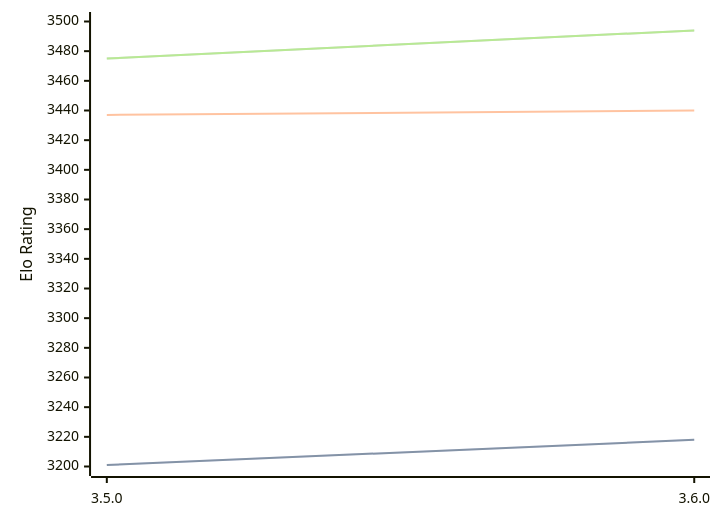
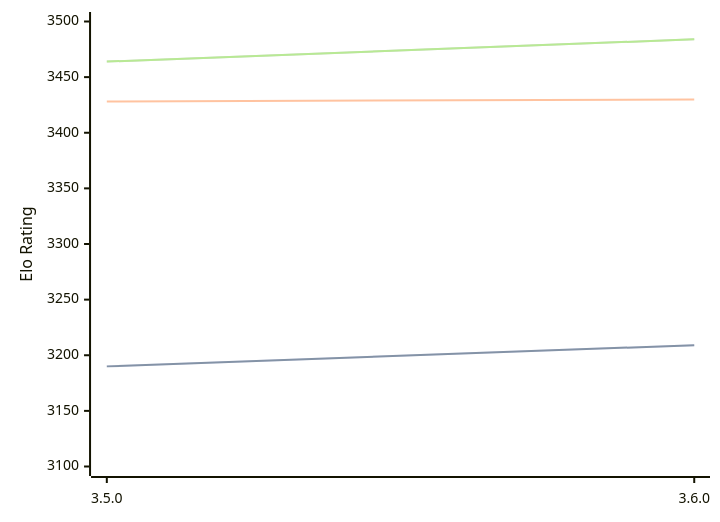
Before and after one commit to computer-chess-index/cci: the diagram in engines/Igel.md, drawn with Mermaid. The commit also changed other lines of this file, not shown here.

Commit message:
Update CCI Ratings (ELO VLTC) - 2026-03-19

````diff
--- a/engines/Igel.md
+++ b/engines/Igel.md
@@ -66,11 +66,11 @@
 ```mermaid
 %%{init: {"theme":"base","themeVariables":{"seriesColors:['#a3a3a3','#222221','#faa371']}}}%%
 xychart-beta
   x-axis ["3.5.0", "3.6.0"]
-  y-axis "Elo Rating" 3200 --> 3500
-  line "STC (8.0+0.08s)" [3201, 3218]
-  line "STC (8.0+0.08s)" [3201, 3218]
-  line "LTC (60.0+0.60s)" [3437, 3440]
-  line "VLTC (2m24s+1.12s)" [3475, 3494]
-  line "VLTC (2m24s+1.12s)" [3475, 3494]
+  y-axis "Elo Rating" 3100 --> 3500
+  line "STC (8.0+0.08s)" [3190, 3209]
+  line "STC (8.0+0.08s)" [3190, 3209]
+  line "LTC (60.0+0.60s)" [3428, 3430]
+  line "VLTC (2m24s+1.12s)" [3464, 3484]
+  line "VLTC (2m24s+1.12s)" [3464, 3484]
 ```
````
